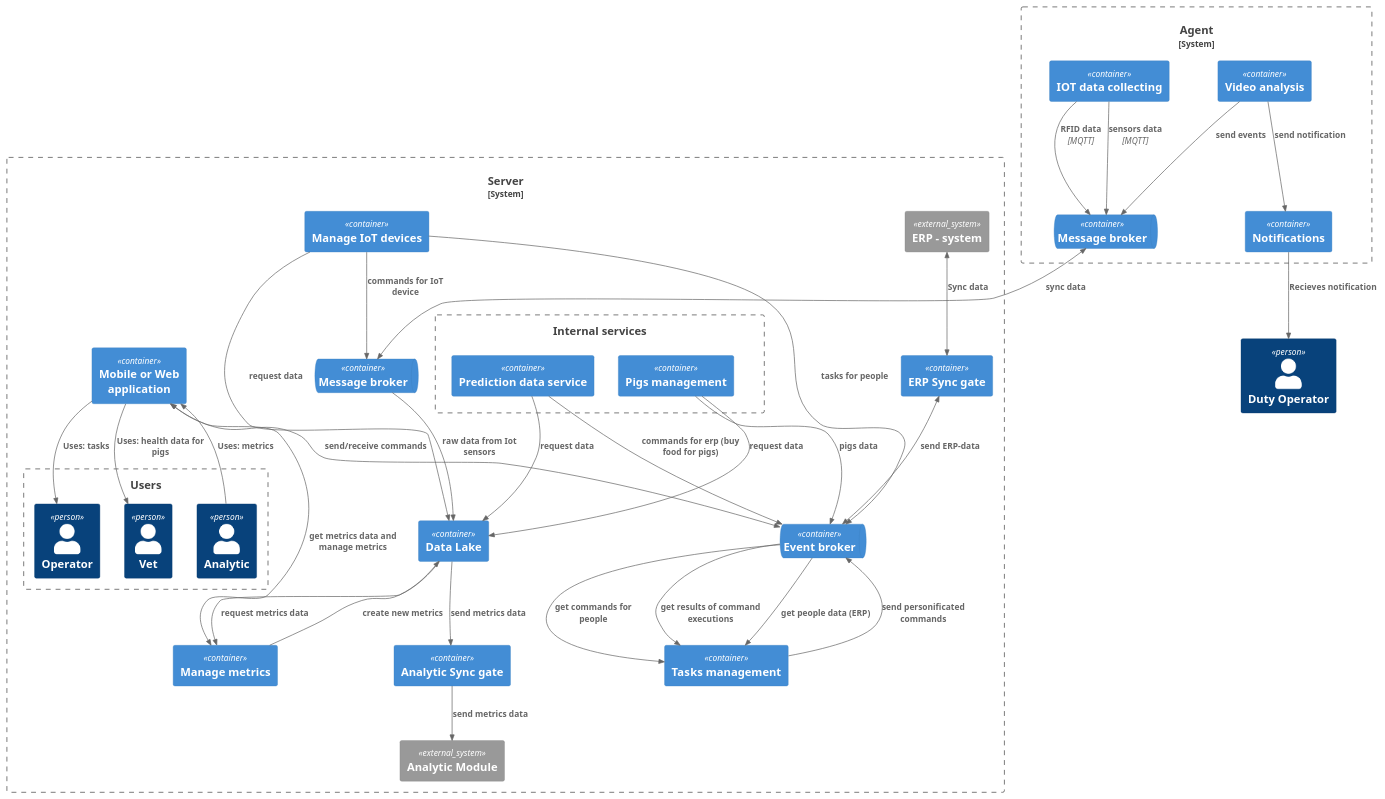
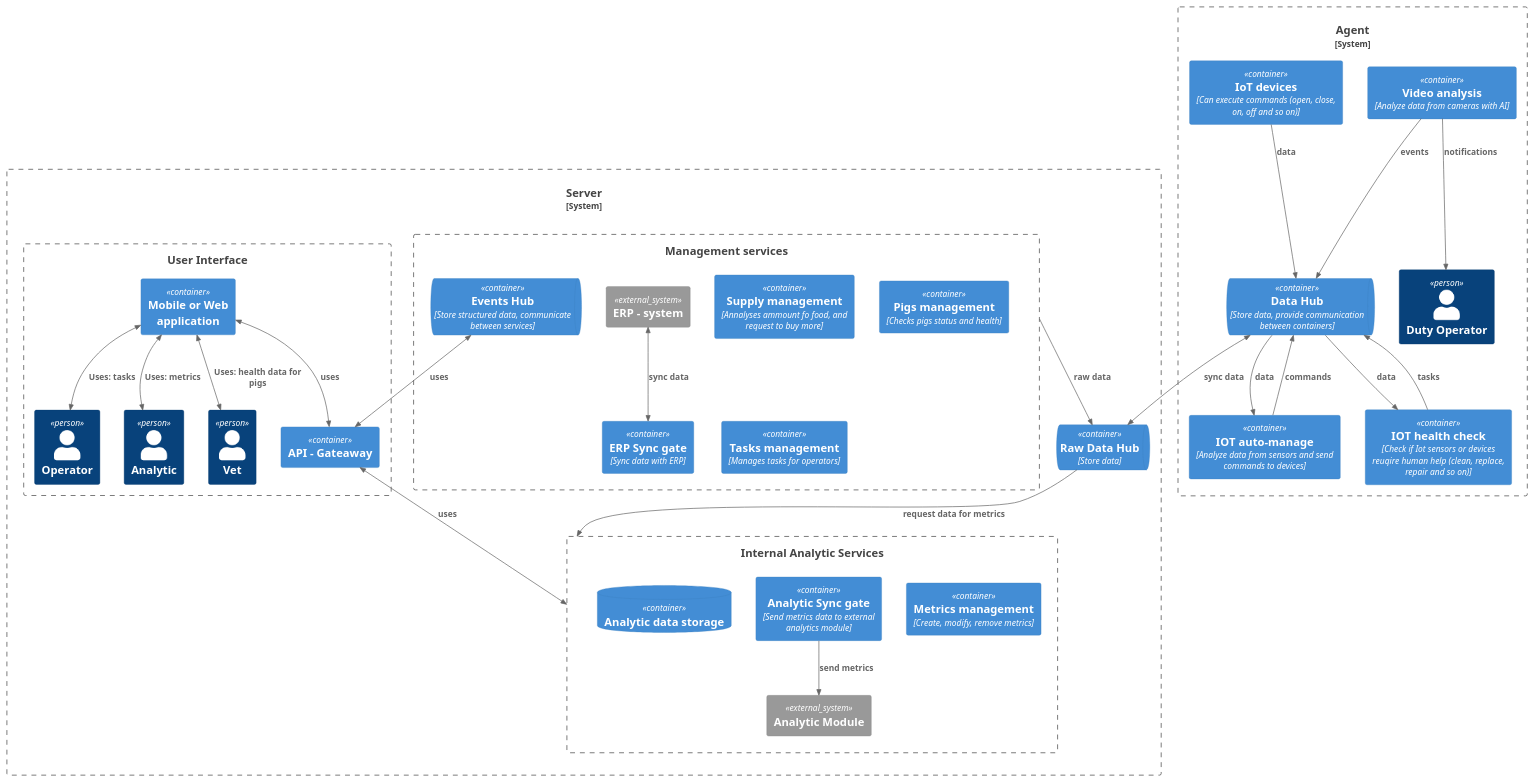
One commit to mirray/MSA-AgroTech changed the diagram in Task2/ATCK_C4_Containers.puml. Above: the diagram before and after it, drawn with PlantUML. The commit also changed 2 other files, not shown here.

```diff
--- a/Task2/ATCK_C4_Containers.puml
+++ b/Task2/ATCK_C4_Containers.puml
@@ -1,78 +1,68 @@
 @startuml Архитектура_АвтоТехноСвиноКомплекс_v1
 !include <C4/C4_Container>
-Person(duty_operator, "Duty Operator")
 
-System_Boundary(atck_agent, "Agent"){
-    ContainerQueue(broker, "Message broker")
-    Container(video, "Video analysis")
-    Rel(video, broker, "send events")
-
-    Container(notification, "Notifications")
-    Rel(video, notification, "send notification")
-    Rel(notification, duty_operator, "Recieves notification")
+System_Boundary(atck_agent, "Agent "){
+    Person(duty_operator, "Duty Operator")
+    ContainerQueue(data_hub, "Data Hub", "Store data, provide communication between containers")
+    Container(video, "Video analysis", "Analyze data from cameras with AI")
+    Rel(video, data_hub, "events")
+    Rel(video, duty_operator, "notifications")
     
-    Container(iot, "IOT data collecting")
-    Rel(iot, broker, "sensors data", "MQTT")
-    Rel(iot, broker, "RFID data", "MQTT")
+    Container(iot, "IoT sensors", "Sensors: temperature, volume, pressure, etc.")
+    Container(iot, "IoT devices", "Can execute commands (open, close, on, off and so on)")
+    Rel(iot, data_hub, "data")
+    Container(iot_auto_management, "IOT auto-manage", "Analyze data from sensors and send commands to devices")
+    Rel(iot_auto_management, data_hub, "commands")
+    Rel(data_hub, iot_auto_management, "data")
+    Container(iot_health_check, "IOT health check", "Check if Iot sensors or devices reuqire human help (clean, replace, repair and so on)")
+    Rel(iot_health_check, data_hub, "tasks")
+    Rel(data_hub, iot_health_check, "data")
 }
 
 System_Boundary(atck_server, "Server"){
-    ContainerQueue(event_broker, "Event broker")
+    ContainerQueue(data_hub_server, "Raw Data Hub", "Store data")
+    BiRel(data_hub, data_hub_server, "sync data")
+   
+    Boundary(internal_services, "Management services"){
+        Container(supply, "Supply management", "Annalyses ammount fo food, and request to buy more")
+        Container(pigs, "Pigs management", "Checks pigs status and health")
+        Container(tasks, "Tasks management", "Manages tasks for operators")
+        Container(erp_sync, "ERP Sync gate", "Sync data with ERP")
+        System_Ext(erp, "ERP - system")
+        BiRel(erp, erp_sync, "sync data")
+        ContainerQueue(events_hub, "Events Hub", "Store structured data, communicate between services")
     
-        ContainerQueue(broker_server, "Message broker")
-        BiRel(broker, broker_server, "sync data")
-        Container(data, "Data Lake")
-        Rel(broker_server, data, "raw data from Iot sensors")
+    }
+    Rel(internal_services, data_hub_server, "raw data")
 
-        Container(iot_management, "Manage IoT devices")
-        Rel(iot_management, data, "request data")
-        Rel(iot_management, broker_server, "commands for IoT device")
-        Rel(iot_management, event_broker, "tasks for people")     
+    Boundary(analysis_internal, "Internal Analytic Services"){
+        Container(metrics_management, "Metrics management", "Create, modify, remove metrics")
+        Container(analytic_module_sync, "Analytic Sync gate", "Send metrics data to external analytics module")   
+        System_Ext(analytic_module, "Analytic Module") 
+        Rel(analytic_module_sync, analytic_module ,"send metrics")
+        ContainerDb(analytic_db, "Analytic data storage")
+    }
+    Rel(data_hub_server, analysis_internal, "request data for metrics")
     
-   
-    Boundary(internal_services, "Internal services"){
-        Container(prediction, "Prediction data service")
-        Rel(prediction, data, "request data")
-        Rel(prediction, event_broker, "commands for erp (buy food for pigs)")
-            
-        Container(pigs, "Pigs management")
-        Rel(pigs, data, "request data")
-        Rel(pigs, event_broker, "pigs data")
-        
-    }
-    Container(tasks, "Tasks management")
-    Rel(event_broker, tasks, "get commands for people")
-    Rel(event_broker, tasks, "get results of command executions")
-    Rel(event_broker, tasks, "get people data (ERP)")
-    Rel(tasks, event_broker, "send personificated commands")
-
-    System_Ext(erp, "ERP - system")
-    Container(erp_sync, "ERP Sync gate")
-    BiRel(erp_sync, event_broker, "send ERP-data")
-    BiRel(erp, erp_sync, "Sync data")
-    
-    System_Ext(analytic_module, "Analytic Module")
-    
-    Container(analytic_module_sync, "Analytic Sync gate")
-    Rel(data, analytic_module_sync, "send metrics data")
-    Rel(analytic_module_sync, analytic_module ,"send metrics data")
-    
-    Container(metrics, "Manage metrics")
-    Rel(metrics, data, "create new metrics")
-    Rel(data, metrics, "request metrics data")
-
-    Container(ui, "Mobile or Web application")
-    Boundary(users,"Users" ){
+    Boundary(b_ui, "User Interface"){
+        Container(api, "API - Gateaway")
+        BiRel(api, analysis_internal, "uses")
+        BiRel(events_hub, api, "uses")
+        Container(ui, "Mobile or Web application")
         Person(operator, "Operator")
         Person(analytic, "Analytic")
         Person(vet, "Vet")
+        BiRel(ui, operator, "Uses: tasks")
+        BiRel(ui, vet, "Uses: health data for pigs")
+        BiRel(ui, analytic, "Uses: metrics")
+        BiRel(ui,api, "uses")
+    
     }
-    Rel(ui, operator, "Uses: tasks")
-    Rel(ui, vet, "Uses: health data for pigs")
-    Rel(analytic, ui, "Uses: metrics")
-    BiRel(ui, event_broker, "send/receive commands")
-    BiRel(ui, metrics, "get metrics data and manage metrics")
     
 }
-Lay_D(event_broker, internal_services)
+
+
+
+
+
 @enduml
```
